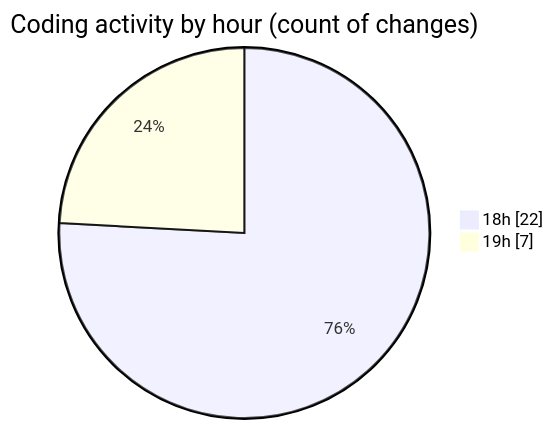
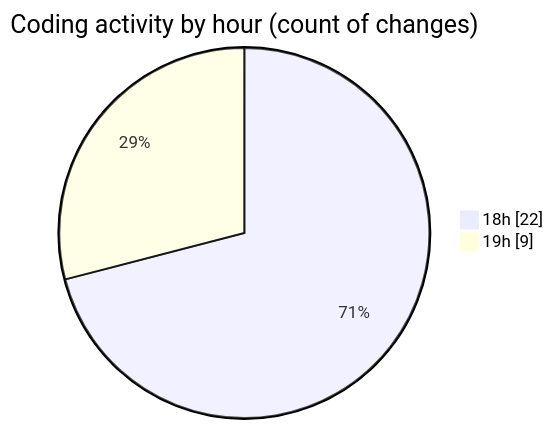
One commit to Netris89/code-tracking changed the second of 2 diagrams in 2025-04-29/back-end/README.md. Above: the diagram before and after it, drawn with Mermaid. The commit also changed other lines of this file and 1 other file, not shown here.

````diff
--- a/2025-04-29/back-end/README.md
+++ b/2025-04-29/back-end/README.md
@@ -31,6 +33,6 @@
 ```mermaid
 pie showData
 title Coding activity by hour (count of changes)
 "18h" : 22
-"19h" : 7
+"19h" : 9
 ```
````
